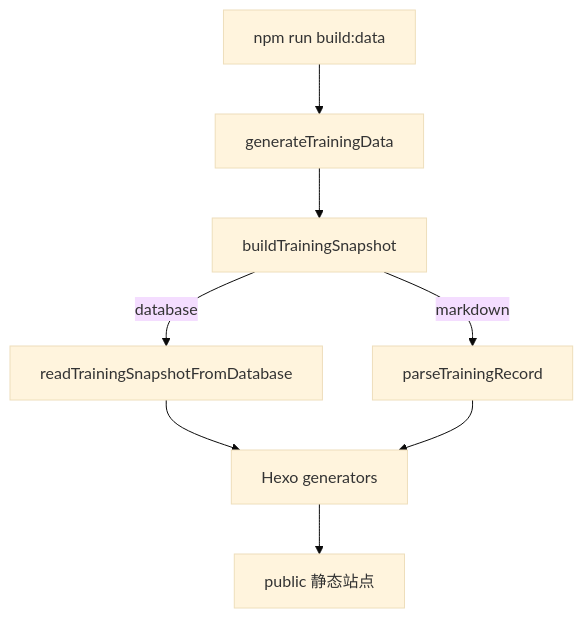
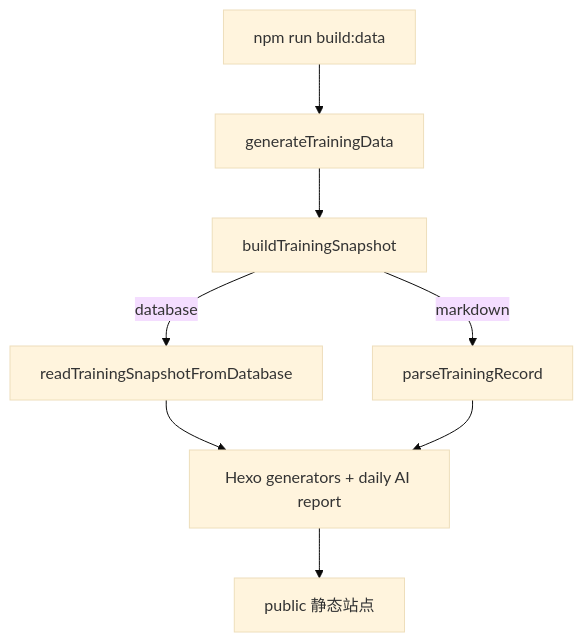
The diagram in docs/02_系统核心逻辑/查询展示逻辑.md (soulgo/training_records), drawn with Mermaid (base theme) before and after one commit. The commit also changed other lines of this file and 28 other files, not shown here.

````diff
--- a/docs/02_系统核心逻辑/查询展示逻辑.md
+++ b/docs/02_系统核心逻辑/查询展示逻辑.md
@@ -5,10 +5,10 @@
 ```mermaid
 flowchart TD
   A[npm run build:data] --> B[generateTrainingData]
   B --> C[buildTrainingSnapshot]
   C -->|database| D[readTrainingSnapshotFromDatabase]
   C -->|markdown| E[parseTrainingRecord]
-  D --> F[Hexo generators]
+  D --> F[Hexo generators + daily AI report]
   E --> F
   F --> G[public 静态站点]
 ```
````
